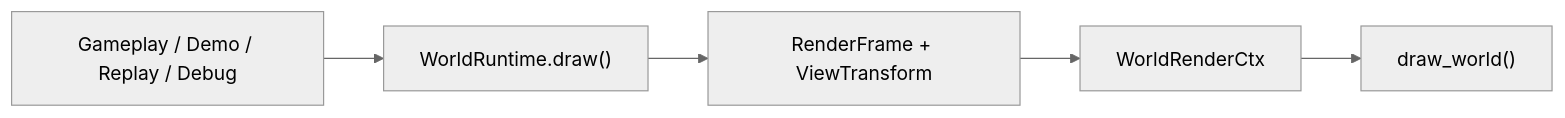
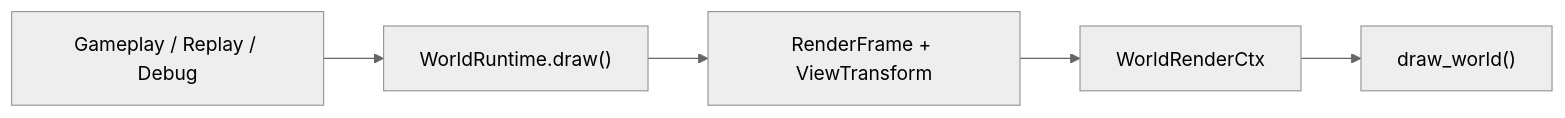
One commit to banteg/crimson changed the first of 6 diagrams in docs/rewrite/rendering-pipeline.md. Above: the diagram before and after it, drawn with Mermaid (neutral theme). The commit also changed other lines of this file and 1 other file, not shown here.

````diff
--- a/docs/rewrite/rendering-pipeline.md
+++ b/docs/rewrite/rendering-pipeline.md
@@ -27,7 +27,7 @@
 ```mermaid
 flowchart LR
-    A["Gameplay / Demo / Replay / Debug"] --> B["WorldRuntime.draw()"]
+    A["Gameplay / Replay / Debug"] --> B["WorldRuntime.draw()"]
     B --> C["RenderFrame + ViewTransform"]
     C --> D["WorldRenderCtx"]
     D --> E["draw_world()"]
 ```
````
